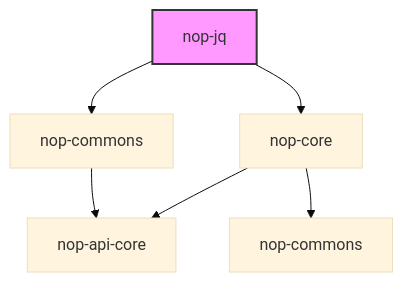
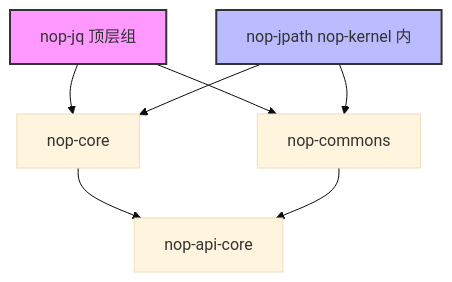
Before and after one commit to entropy-cloud/nop-entropy: the first of 2 diagrams in ai-dev/design/nop-jq/01-architecture-baseline.md, drawn with Mermaid (base theme). The commit also changed other lines of this file and 135 other files, not shown here.

First line of the commit message:
refactor(nop-jq,nop-jpath): plan 2280——拆分 nop-jpath，jq 引擎迁出 nop-kernel 为顶层组

````diff
--- a/ai-dev/design/nop-jq/01-architecture-baseline.md
+++ b/ai-dev/design/nop-jq/01-architecture-baseline.md
@@ -25,10 +28,12 @@
 ```mermaid
 flowchart TD
-    A[nop-jq] --> B[nop-core]
-    A --> C[nop-commons]
-    B --> D[nop-api-core]
-    B --> E[nop-commons]
-    C --> D
+    JQ[nop-jq 顶层组] --> CORE[nop-core]
+    JQ --> COMMONS[nop-commons]
+    JPATH[nop-jpath nop-kernel 内] --> CORE
+    JPATH --> COMMONS
+    CORE --> API[nop-api-core]
+    COMMONS --> API
 
-    style A fill:#f9f,stroke:#333,stroke-width:2px
+    style JQ fill:#f9f,stroke:#333,stroke-width:2px
+    style JPATH fill:#bbf,stroke:#333,stroke-width:2px
 ```
````
